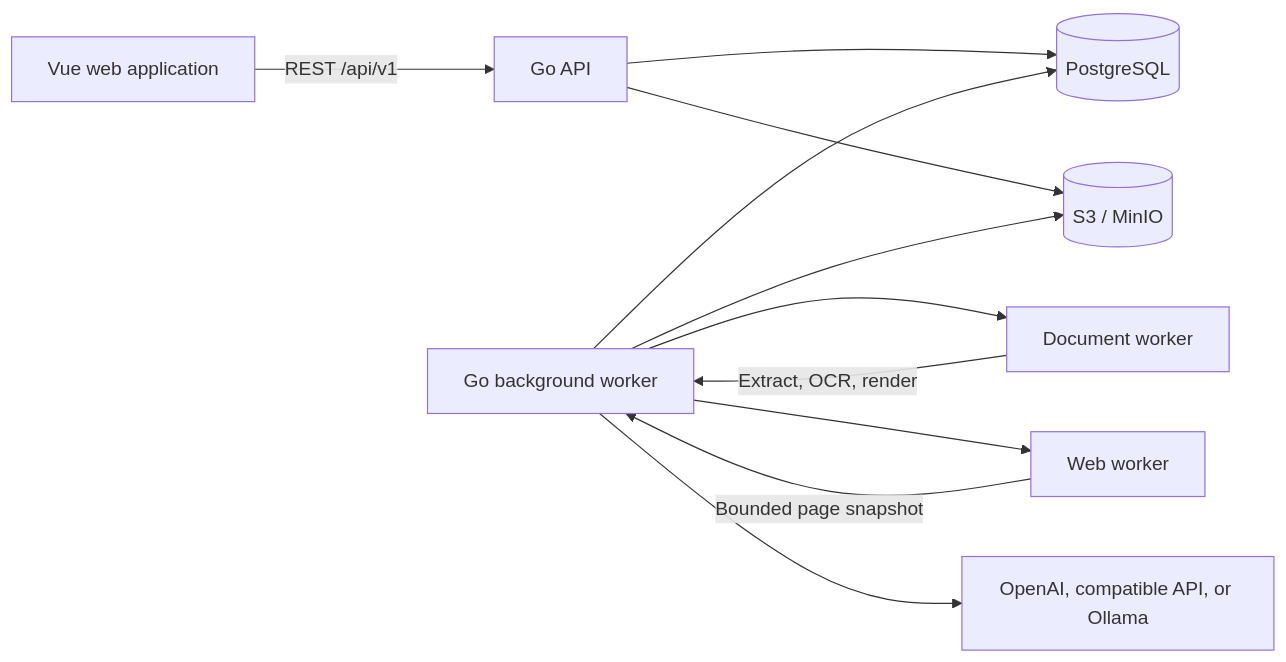
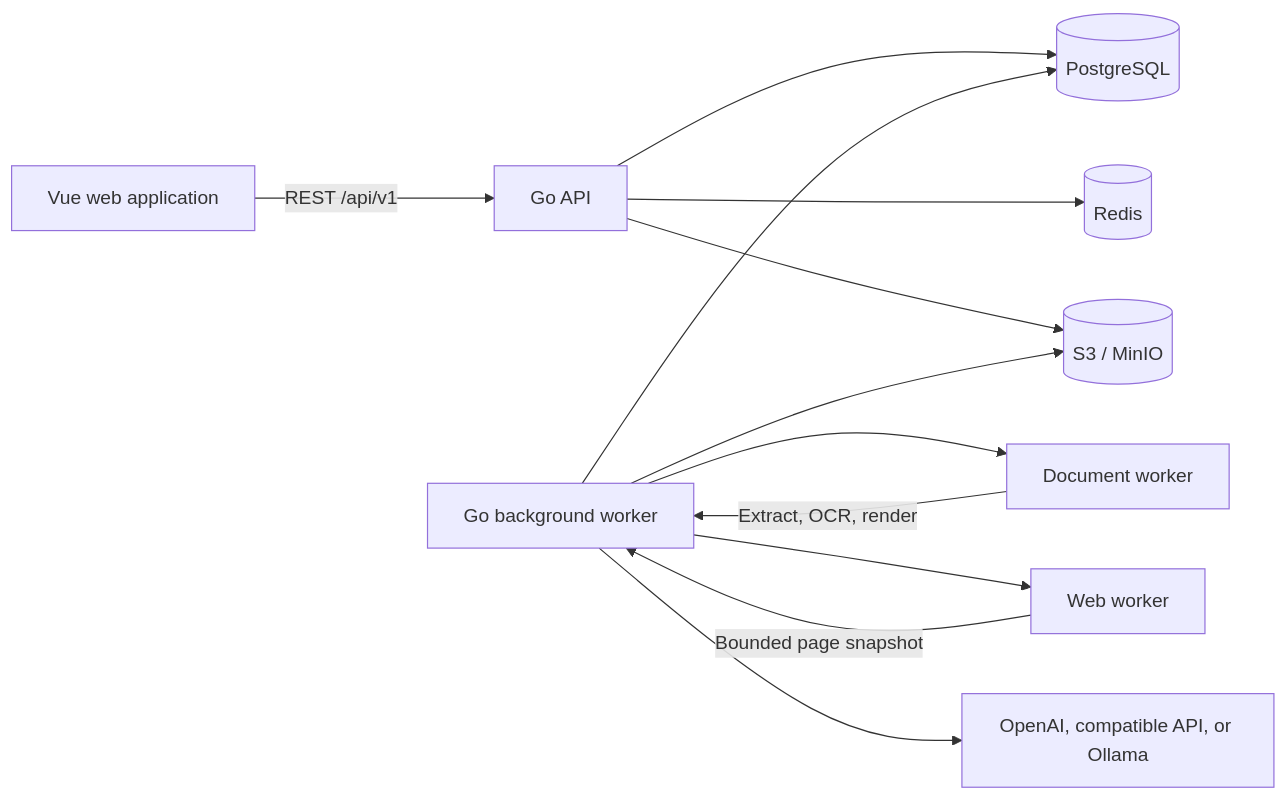
One commit to lrx0014/ResumeGPT changed the first of 2 diagrams in docs/architecture-design.md. Above: the diagram before and after it, drawn with Mermaid. The commit also changed other lines of this file and 31 other files, not shown here.

````diff
--- a/docs/architecture-design.md
+++ b/docs/architecture-design.md
@@ -9,13 +9,14 @@
 ```mermaid
 flowchart LR
     B[Vue web application] -->|REST /api/v1| A[Go API]
     A --> P[(PostgreSQL)]
+    A --> C[(Redis)]
     A --> S[(S3 / MinIO)]
     W[Go background worker] --> P
     W --> S
     W --> D[Document worker]
     W --> R[Web worker]
     W --> L[OpenAI, compatible API, or Ollama]
     D -->|Extract, OCR, render| W
     R -->|Bounded page snapshot| W
 ```
````
